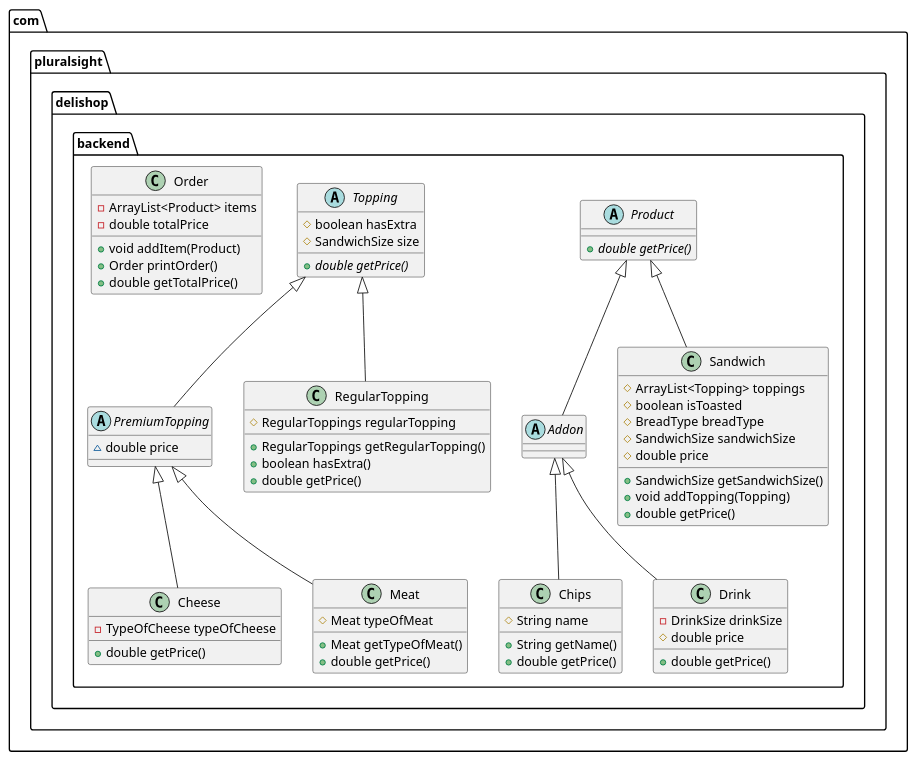
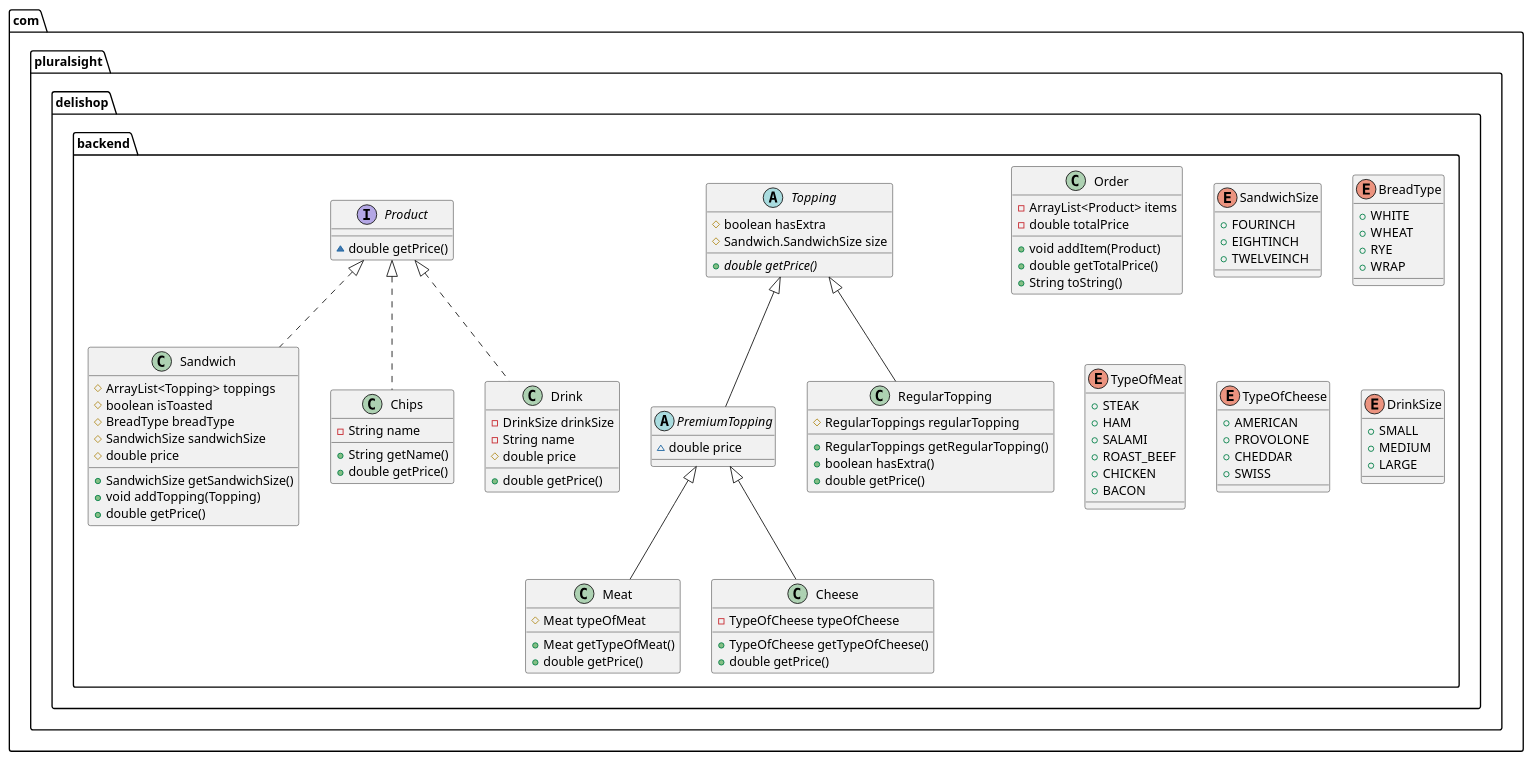
Before and after one commit to Revilite/deli-shop: the diagram in Diagram.puml, drawn with PlantUML. The commit also changed 5 other files, not shown here.

```diff
--- a/Diagram.puml
+++ b/Diagram.puml
@@ -1,85 +1,119 @@
 @startuml
+abstract class com.pluralsight.delishop.backend.Topping {
+# boolean hasExtra
+# Sandwich.SandwichSize size
++ {abstract}double getPrice()
+}
+
+
+class com.pluralsight.delishop.backend.Order {
+- ArrayList<Product> items
+- double totalPrice
++ void addItem(Product)
++ double getTotalPrice()
++ String toString()
+}
+
+
 abstract class com.pluralsight.delishop.backend.PremiumTopping {
 ~ double price
 }
 
-abstract class com.pluralsight.delishop.backend.Addon {
+class com.pluralsight.delishop.backend.RegularTopping {
+# RegularToppings regularTopping
++ RegularToppings getRegularTopping()
++ boolean hasExtra()
++ double getPrice()
 }
+
+
 class com.pluralsight.delishop.backend.Sandwich {
 # ArrayList<Topping> toppings
 # boolean isToasted
 # BreadType breadType
 # SandwichSize sandwichSize
 # double price
 + SandwichSize getSandwichSize()
 + void addTopping(Topping)
 + double getPrice()
 }
 
 
-abstract class com.pluralsight.delishop.backend.Product {
-+ {abstract}double getPrice()
+enum com.pluralsight.delishop.backend.SandwichSize {
++  FOURINCH
++  EIGHTINCH
++  TWELVEINCH
 }
 
-class com.pluralsight.delishop.backend.Cheese {
-- TypeOfCheese typeOfCheese
-+ double getPrice()
+enum com.pluralsight.delishop.backend.BreadType {
++  WHITE
++  WHEAT
++  RYE
++  WRAP
 }
 
-
-class com.pluralsight.delishop.backend.Chips {
-# String name
-+ String getName()
-+ double getPrice()
+interface com.pluralsight.delishop.backend.Product {
+~ double getPrice()
 }
-
-
-class com.pluralsight.delishop.backend.Drink {
-- DrinkSize drinkSize
-# double price
-+ double getPrice()
-}
-
-
-class com.pluralsight.delishop.backend.RegularTopping {
-# RegularToppings regularTopping
-+ RegularToppings getRegularTopping()
-+ boolean hasExtra()
-+ double getPrice()
-}
-
 
 class com.pluralsight.delishop.backend.Meat {
 # Meat typeOfMeat
 + Meat getTypeOfMeat()
 + double getPrice()
 }
 
 
-abstract class com.pluralsight.delishop.backend.Topping {
-# boolean hasExtra
-# SandwichSize size
-+ {abstract}double getPrice()
+enum com.pluralsight.delishop.backend.TypeOfMeat {
++  STEAK
++  HAM
++  SALAMI
++  ROAST_BEEF
++  CHICKEN
++  BACON
+}
+
+class com.pluralsight.delishop.backend.Cheese {
+- TypeOfCheese typeOfCheese
++ TypeOfCheese getTypeOfCheese()
++ double getPrice()
 }
 
 
-class com.pluralsight.delishop.backend.Order {
-- ArrayList<Product> items
-- double totalPrice
-+ void addItem(Product)
-+ Order printOrder()
-+ double getTotalPrice()
+enum com.pluralsight.delishop.backend.TypeOfCheese {
++  AMERICAN
++  PROVOLONE
++  CHEDDAR
++  SWISS
+}
+
+class com.pluralsight.delishop.backend.Chips {
+- String name
++ String getName()
++ double getPrice()
+}
+
+
+class com.pluralsight.delishop.backend.Drink {
+- DrinkSize drinkSize
+- String name
+# double price
++ double getPrice()
+}
+
+
+enum com.pluralsight.delishop.backend.DrinkSize {
++  SMALL
++  MEDIUM
++  LARGE
 }
 
 
 
-
 com.pluralsight.delishop.backend.Topping <|-- com.pluralsight.delishop.backend.PremiumTopping
-com.pluralsight.delishop.backend.Product <|-- com.pluralsight.delishop.backend.Addon
-com.pluralsight.delishop.backend.Product <|-- com.pluralsight.delishop.backend.Sandwich
+com.pluralsight.delishop.backend.Topping <|-- com.pluralsight.delishop.backend.RegularTopping
+com.pluralsight.delishop.backend.Product <|.. com.pluralsight.delishop.backend.Sandwich
+com.pluralsight.delishop.backend.PremiumTopping <|-- com.pluralsight.delishop.backend.Meat
 com.pluralsight.delishop.backend.PremiumTopping <|-- com.pluralsight.delishop.backend.Cheese
-com.pluralsight.delishop.backend.Addon <|-- com.pluralsight.delishop.backend.Chips
-com.pluralsight.delishop.backend.Addon <|-- com.pluralsight.delishop.backend.Drink
-com.pluralsight.delishop.backend.Topping <|-- com.pluralsight.delishop.backend.RegularTopping
-com.pluralsight.delishop.backend.PremiumTopping <|-- com.pluralsight.delishop.backend.Meat
+com.pluralsight.delishop.backend.Product <|.. com.pluralsight.delishop.backend.Chips
+com.pluralsight.delishop.backend.Product <|.. com.pluralsight.delishop.backend.Drink
 @enduml
```
